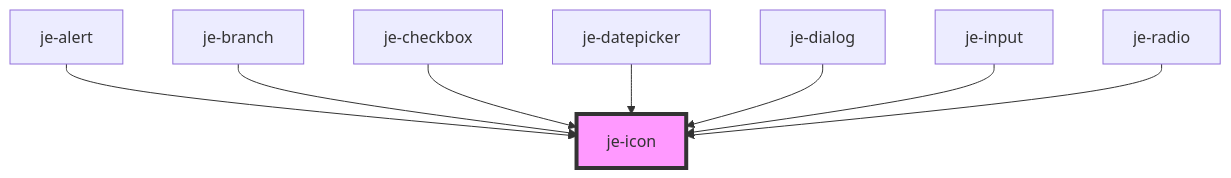
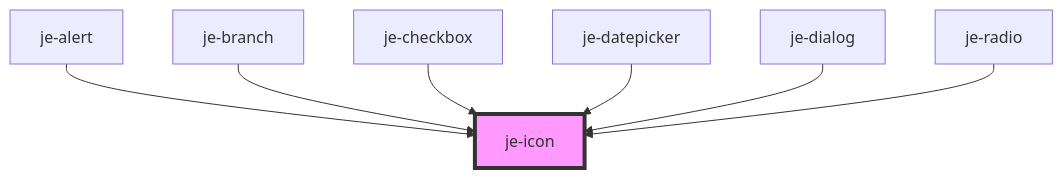
Before and after one commit to pgreen00/jebamo: the diagram in packages/docs/docs/components/je-icon/readme.md, drawn with Mermaid. The commit also changed other lines of this file and 49 other files, not shown here.

````diff
--- a/packages/docs/docs/components/je-icon/readme.md
+++ b/packages/docs/docs/components/je-icon/readme.md
@@ -33,11 +42,10 @@
 ```mermaid
 graph TD;
   je-alert --> je-icon
   je-branch --> je-icon
   je-checkbox --> je-icon
   je-datepicker --> je-icon
   je-dialog --> je-icon
-  je-input --> je-icon
   je-radio --> je-icon
   style je-icon fill:#f9f,stroke:#333,stroke-width:4px
 ```
````
